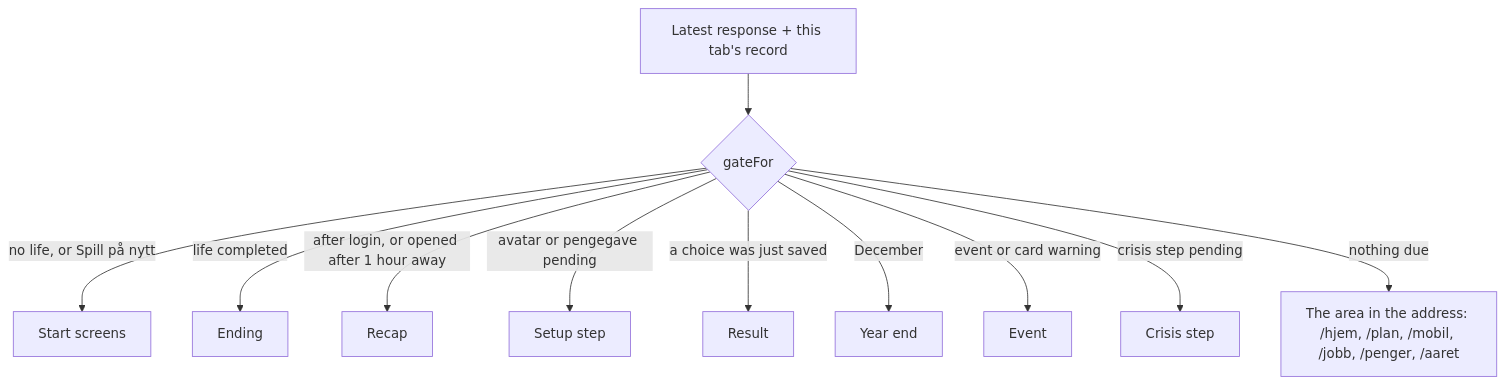
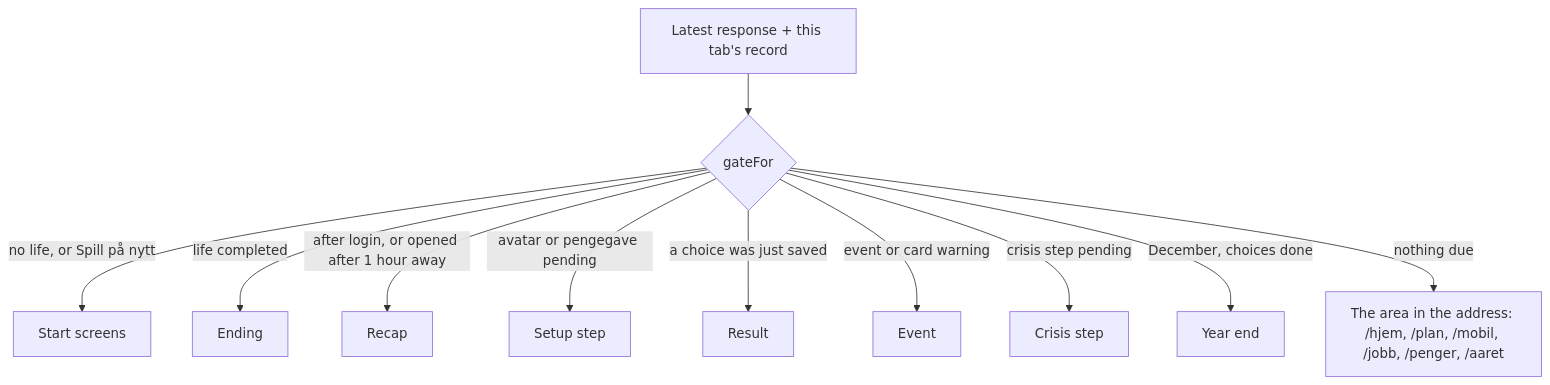
One commit to IBE160-2026/G13-dahl-eggen-naess-ring changed the fourth of 4 diagrams in .docs/planning-artifacts/architecture/architecture-IBE160-G13-2026-11-09/SOLUTION-DESIGN.md. Above: the diagram before and after it, drawn with Mermaid. The commit also changed other lines of this file and 6 other files, not shown here.

````diff
--- a/.docs/planning-artifacts/architecture/architecture-IBE160-G13-2026-11-09/SOLUTION-DESIGN.md
+++ b/.docs/planning-artifacts/architecture/architecture-IBE160-G13-2026-11-09/SOLUTION-DESIGN.md
@@ -180,13 +180,13 @@
 ```mermaid
 flowchart TD
     R[Latest response + this tab's record] --> G{gateFor}
     G -->|no life, or Spill på nytt| S[Start screens]
     G -->|life completed| EN[Ending]
     G -->|after login, or opened after 1 hour away| RC[Recap]
     G -->|avatar or pengegave pending| SU[Setup step]
     G -->|a choice was just saved| RS[Result]
-    G -->|December| YE[Year end]
     G -->|event or card warning| EV[Event]
     G -->|crisis step pending| CR[Crisis step]
+    G -->|December, choices done| YE[Year end]
     G -->|nothing due| AR[The area in the address: /hjem, /plan, /mobil, /jobb, /penger, /aaret]
 ```
````
